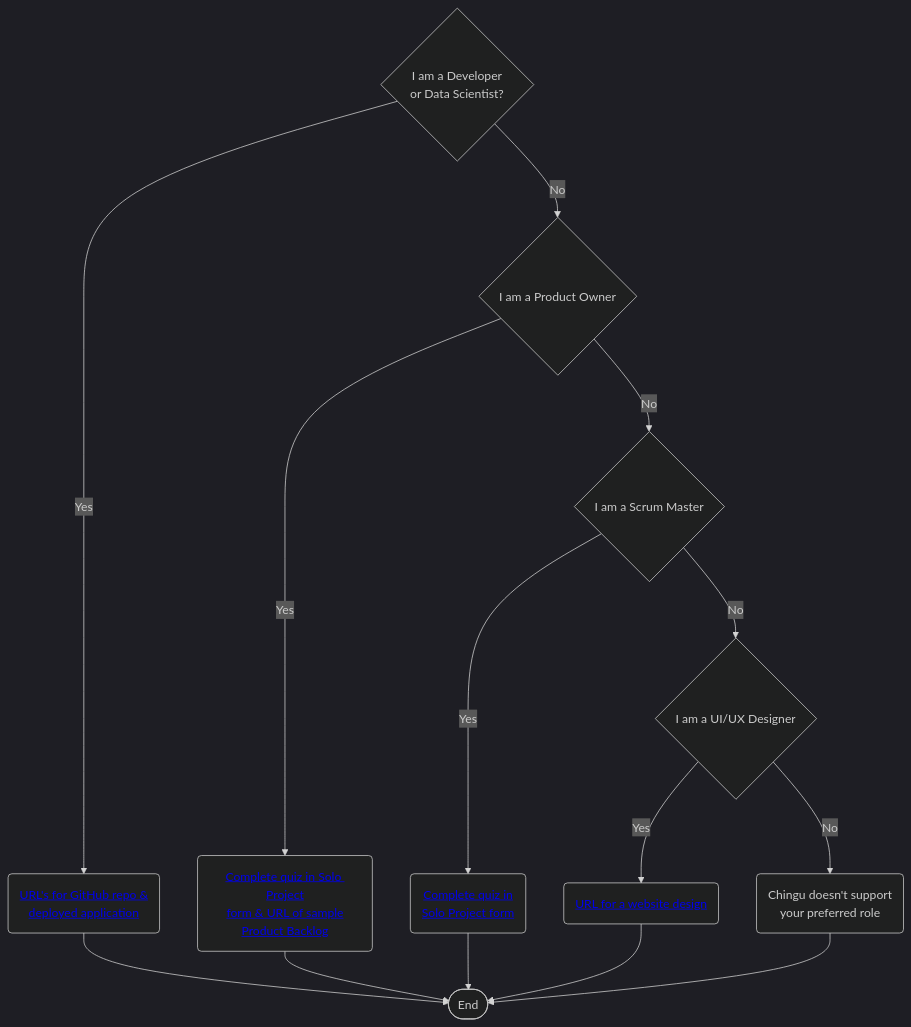
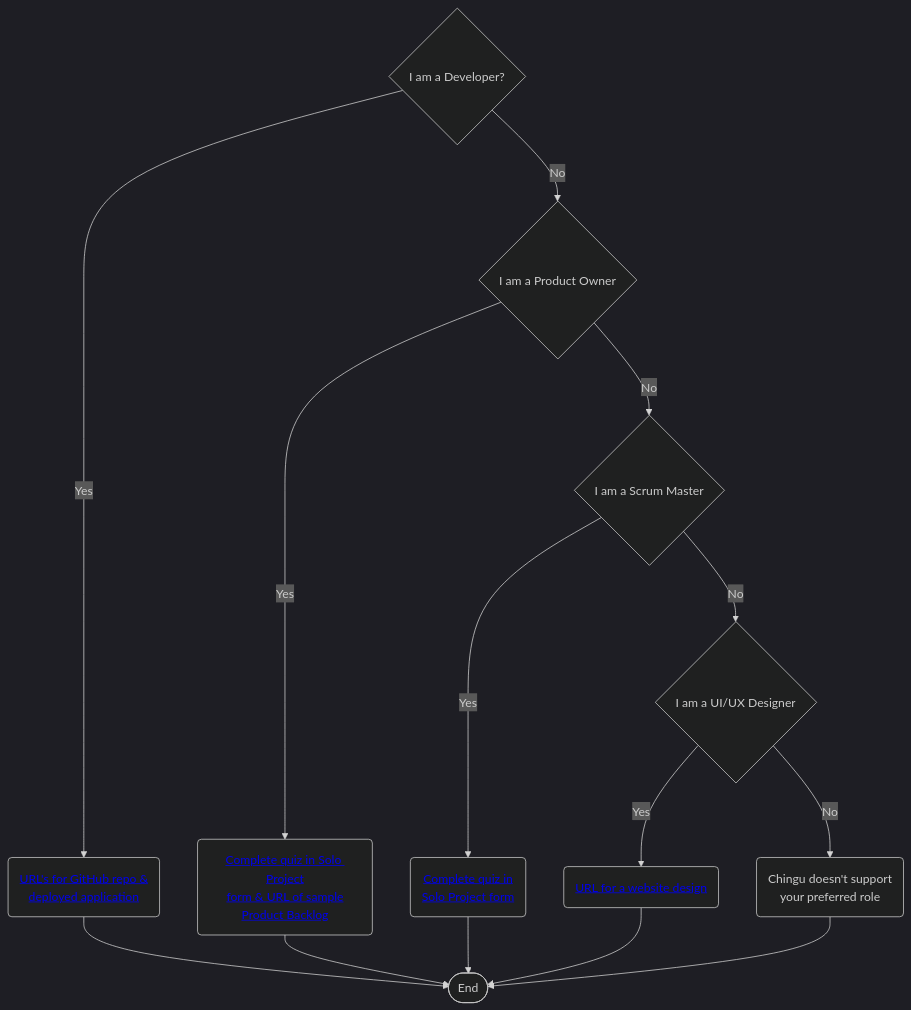
Before and after one commit to chingu-voyages/Handbook: the second of 2 diagrams in docs/guides/soloproject/soloproject.md, drawn with Mermaid (dark theme). The commit also changed other lines of this file, not shown here.

Commit message:
remove reference to data scientists

````diff
--- a/docs/guides/soloproject/soloproject.md
+++ b/docs/guides/soloproject/soloproject.md
@@ -68,17 +68,17 @@
 ```mermaid
 graph TB
-    A{I am a Developer</br>or Data Scientist?};
-    A -- Yes --> B(<a href='https://github.com/chingu-voyages/Handbook/blob/main/docs/guides/soloproject/soloproject.md#if-you-are-a-developer-or-data-scientist'>URL's for GitHub repo &</br>deployed application</a>);
+    A{I am a Developer?};
+    A -- Yes --> B(<a href='https://github.com/chingu-voyages/Handbook/blob/main/docs/guides/soloproject/soloproject.md#if-you-are-a-developer'>URL's for GitHub repo &</br>deployed application</a>);
     A -- No --> C{I am a Product Owner};
     C -- Yes --> D(<a href='https://github.com/chingu-voyages/Handbook/blob/main/docs/guides/soloproject/soloproject.md#if-you-are-a-product-owner'>Complete quiz in Solo Project</br>form & URL of sample</br>Product Backlog</a>);
     C -- No --> E{I am a Scrum Master};
     E -- Yes --> F(<a href='https://github.com/chingu-voyages/Handbook/blob/main/docs/guides/soloproject/soloproject.md#if-you-are-a-scrum-master'>Complete quiz in</br>Solo Project form</a>);
     E -- No --> G{I am a UI/UX Designer};
     G -- Yes --> H(<a href='https://github.com/chingu-voyages/Handbook/blob/main/docs/guides/soloproject/soloproject.md#if-you-are-a-uiux-designer'>URL for a website design);
     G -- No --> I(Chingu doesn't support</br>your preferred role);
     B --> Z([End]);
     D --> Z;
     F --> Z;
     H --> Z;
     I --> Z;
 ```
````
